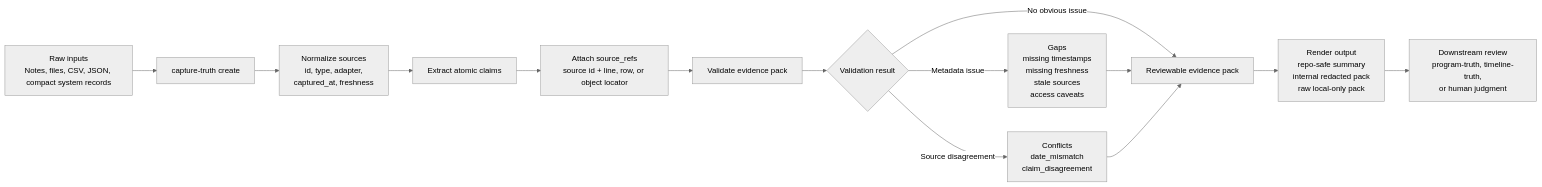
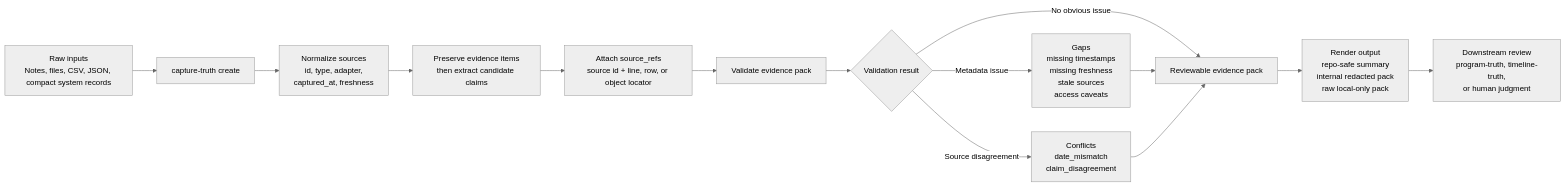
One commit to hilmimuktitama/capture-truth changed the diagram in README.md. Above: the diagram before and after it, drawn with Mermaid (neutral theme). The commit also changed other lines of this file and 22 other files, not shown here.

````diff
--- a/README.md
+++ b/README.md
@@ -19,16 +21,16 @@
 ```mermaid
 flowchart LR
   A["Raw inputs<br/>Notes, files, CSV, JSON, compact system records"] --> B["capture-truth create"]
   B --> C["Normalize sources<br/>id, type, adapter,<br/>captured_at, freshness"]
-  C --> D["Extract atomic claims"]
+  C --> D["Preserve evidence items<br/>then extract candidate claims"]
   D --> E["Attach source_refs<br/>source id + line, row, or object locator"]
   E --> F["Validate evidence pack"]
   F --> G{"Validation result"}
   G -->|Metadata issue| H["Gaps<br/>missing timestamps<br/>missing freshness<br/>stale sources<br/>access caveats"]
   G -->|Source disagreement| I["Conflicts<br/>date_mismatch<br/>claim_disagreement"]
   G -->|No obvious issue| J["Reviewable evidence pack"]
   H --> J
   I --> J
   J --> K["Render output<br/>repo-safe summary<br/>internal redacted pack<br/>raw local-only pack"]
   K --> L["Downstream review<br/>program-truth, timeline-truth,<br/>or human judgment"]
 ```
````
